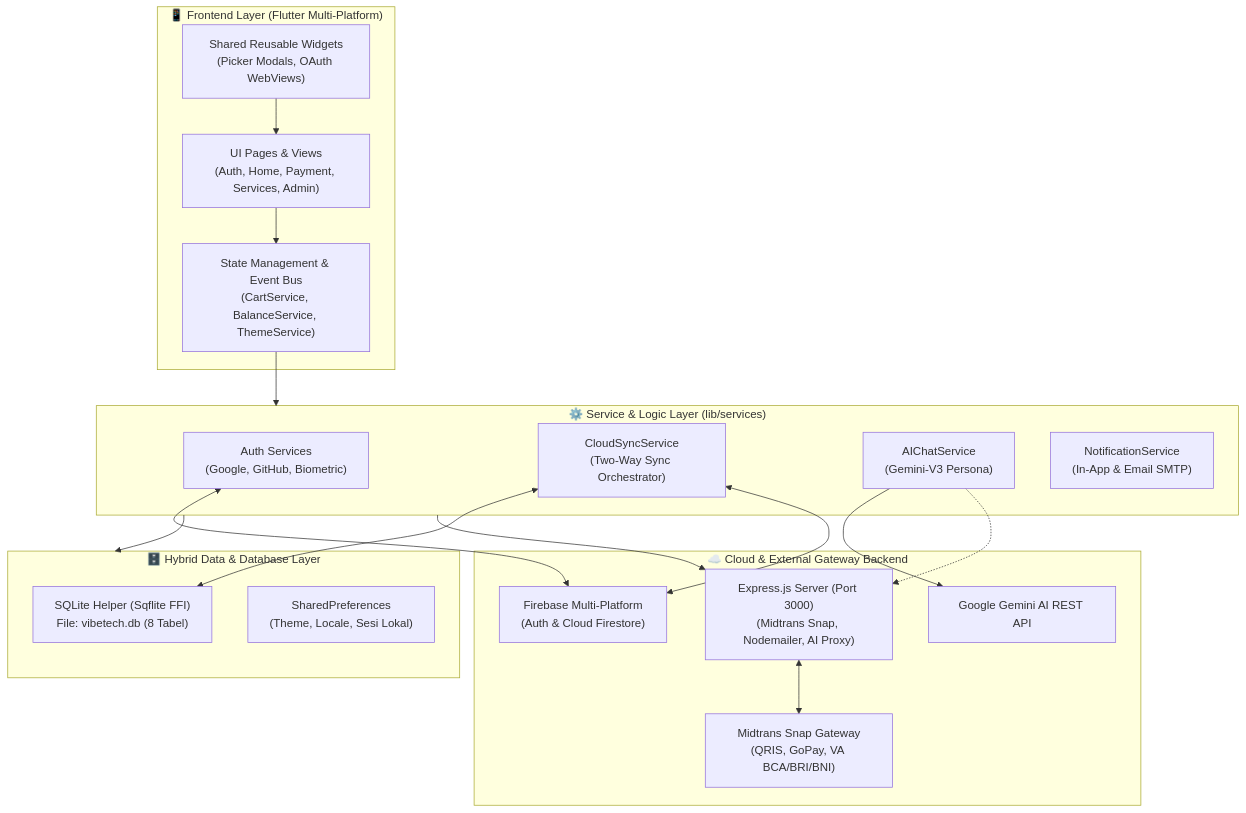
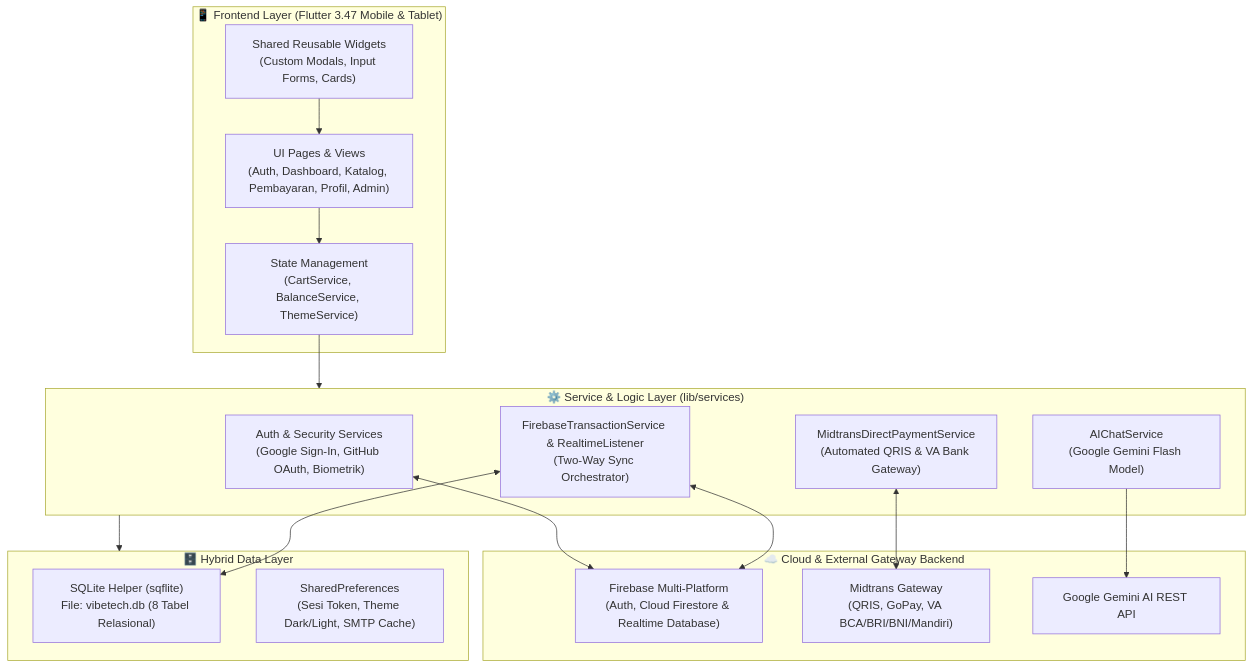
One commit to RazikSz/vibetech changed the diagram in README.md. Above: the diagram before and after it, drawn with Mermaid. The commit also changed other lines of this file, not shown here.

````diff
--- a/README.md
+++ b/README.md
@@ -196,39 +222,36 @@
 ```mermaid
 flowchart TB
-    subgraph ClientLayer ["📱 Frontend Layer (Flutter Multi-Platform)"]
-        UI_Pages["UI Pages & Views\n(Auth, Home, Payment, Services, Admin)"]
-        UI_Widgets["Shared Reusable Widgets\n(Picker Modals, OAuth WebViews)"]
-        UI_State["State Management & Event Bus\n(CartService, BalanceService, ThemeService)"]
+    subgraph ClientLayer ["📱 Frontend Layer (Flutter 3.47 Mobile & Tablet)"]
+        UI_Pages["UI Pages & Views\n(Auth, Dashboard, Katalog, Pembayaran, Profil, Admin)"]
+        UI_Widgets["Shared Reusable Widgets\n(Custom Modals, Input Forms, Cards)"]
+        UI_State["State Management\n(CartService, BalanceService, ThemeService)"]
         UI_Pages --> UI_State
         UI_Widgets --> UI_Pages
     end
 
     subgraph ServiceLayer ["⚙️ Service & Logic Layer (lib/services)"]
-        AuthSvc["Auth Services\n(Google, GitHub, Biometric)"]
-        SyncSvc["CloudSyncService\n(Two-Way Sync Orchestrator)"]
-        AISvc["AIChatService\n(Gemini-V3 Persona)"]
-        NotifSvc["NotificationService\n(In-App & Email SMTP)"]
+        AuthSvc["Auth & Security Services\n(Google Sign-In, GitHub OAuth, Biometrik)"]
+        SyncSvc["FirebaseTransactionService & RealtimeListener\n(Two-Way Sync Orchestrator)"]
+        AISvc["AIChatService\n(Google Gemini Flash Model)"]
+        PaymentSvc["MidtransDirectPaymentService\n(Automated QRIS & VA Bank Gateway)"]
     end
 
-    subgraph StorageLayer ["🗄️ Hybrid Data & Database Layer"]
-        DBHelper["SQLite Helper (Sqflite FFI)\nFile: vibetech.db (8 Tabel)"]
-        SharedPref["SharedPreferences\n(Theme, Locale, Sesi Lokal)"]
+    subgraph StorageLayer ["🗄️ Hybrid Data Layer"]
+        DBHelper["SQLite Helper (sqflite)\nFile: vibetech.db (8 Tabel Relasional)"]
+        SharedPref["SharedPreferences\n(Sesi Token, Theme Dark/Light, SMTP Cache)"]
     end
 
     subgraph CloudLayer ["☁️ Cloud & External Gateway Backend"]
-        FirebaseCloud["Firebase Multi-Platform\n(Auth & Cloud Firestore)"]
-        BackendNode["Express.js Server (Port 3000)\n(Midtrans Snap, Nodemailer, AI Proxy)"]
-        MidtransAPI["Midtrans Snap Gateway\n(QRIS, GoPay, VA BCA/BRI/BNI)"]
+        FirebaseCloud["Firebase Multi-Platform\n(Auth, Cloud Firestore & Realtime Database)"]
+        MidtransAPI["Midtrans Gateway\n(QRIS, GoPay, VA BCA/BRI/BNI/Mandiri)"]
         GoogleGemini["Google Gemini AI REST API"]
     end
 
     UI_State --> ServiceLayer
     ServiceLayer --> StorageLayer
     SyncSvc <--> DBHelper
     SyncSvc <--> FirebaseCloud
     AuthSvc <--> FirebaseCloud
+    PaymentSvc <--> MidtransAPI
     AISvc --> GoogleGemini
-    AISvc -.-> BackendNode
-    ServiceLayer --> BackendNode
-    BackendNode <--> MidtransAPI
 ```
````
